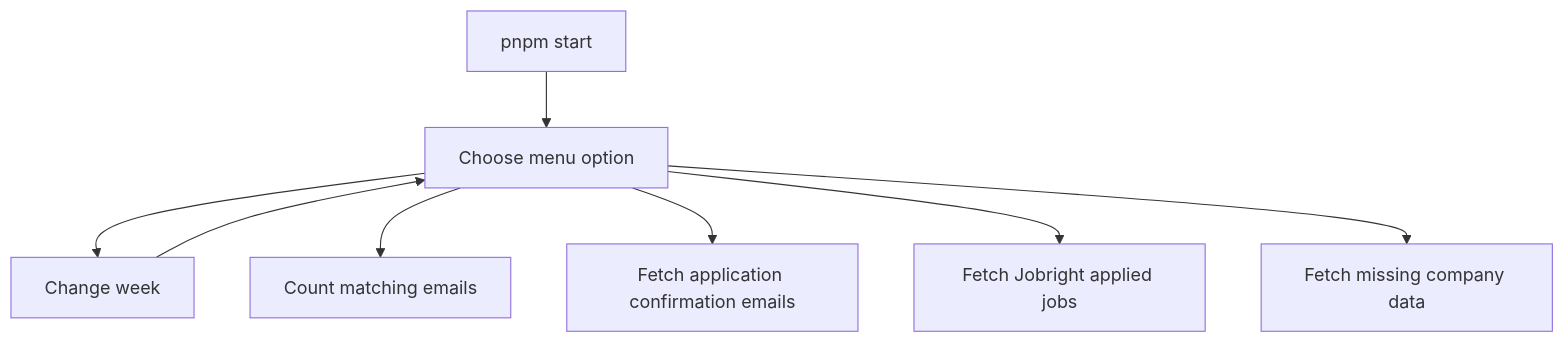
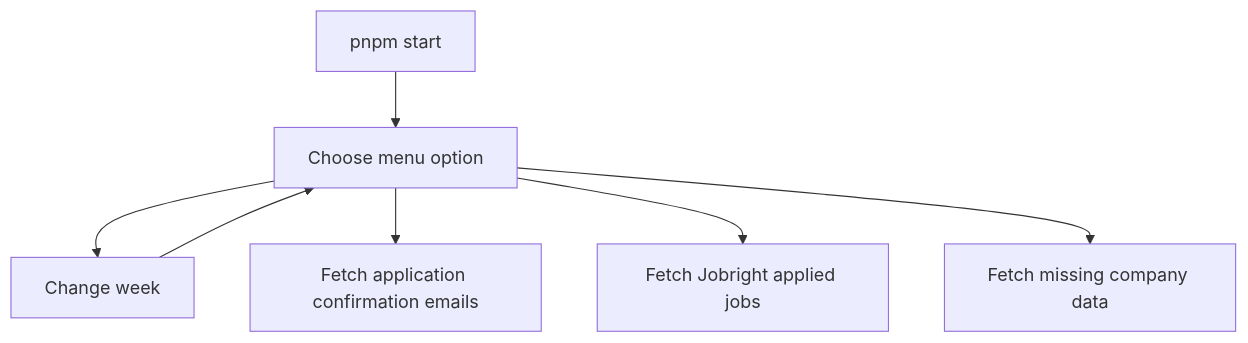
The first of 5 diagrams in README.md (idahotallpaul/work-search-reporter), drawn with Mermaid before and after one commit. The commit also changed other lines of this file and 4 other files, not shown here.

````diff
--- a/README.md
+++ b/README.md
@@ -15,10 +15,9 @@
 ```mermaid
 flowchart TD
   A["pnpm start"] --> B["Choose menu option"]
   B --> C["Change week"]
-  B --> D["Count matching emails"]
-  B --> E["Fetch application confirmation emails"]
-  B --> F["Fetch Jobright applied jobs"]
-  B --> G["Fetch missing company data"]
+  B --> D["Fetch application confirmation emails"]
+  B --> E["Fetch Jobright applied jobs"]
+  B --> F["Fetch missing company data"]
   C --> B
 ```
````
